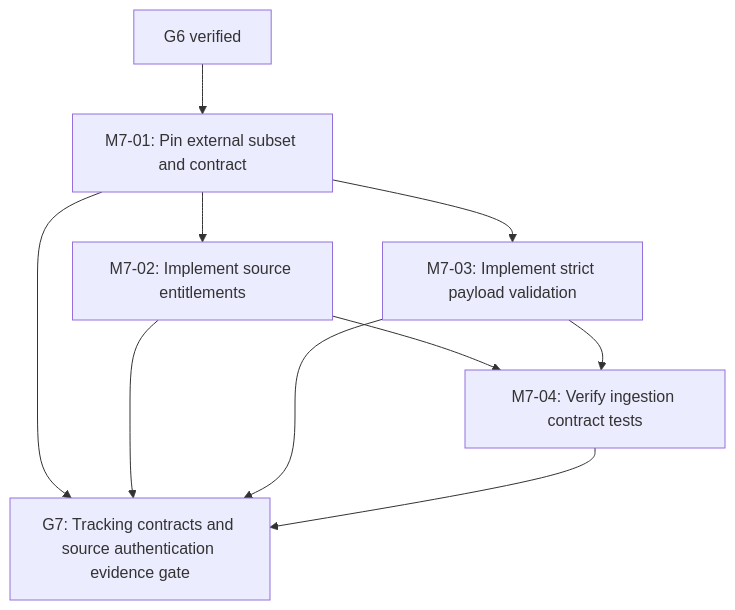
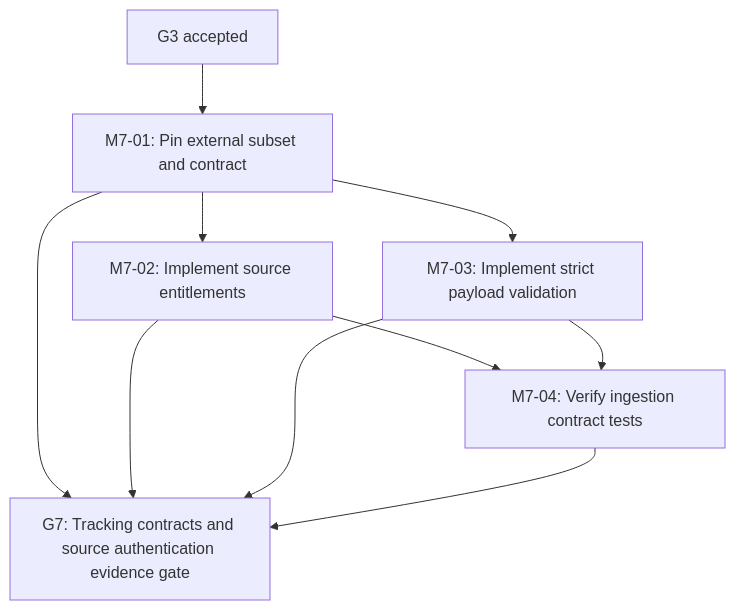
One commit to ekamal22/HarborOps-Enterprise-Maritime-Logistics-IT-Operations-Platform changed diagram 15 of 32 in docs/EXECUTION_GRAPH.md. Above: the diagram before and after it, drawn with Mermaid. The commit also changed other lines of this file and 2 other files, not shown here.

````diff
--- a/docs/EXECUTION_GRAPH.md
+++ b/docs/EXECUTION_GRAPH.md
@@ -372,18 +468,18 @@
 ```mermaid
 flowchart TD
   M7_01["M7-01: Pin external subset and contract"]
   M7_02["M7-02: Implement source entitlements"]
   M7_03["M7-03: Implement strict payload validation"]
   M7_04["M7-04: Verify ingestion contract tests"]
   G7["G7: Tracking contracts and source authentication evidence gate"]
-  G6["G6 verified"]
-  G6 --> M7_01
+  G3["G3 accepted"]
+  G3 --> M7_01
   M7_01 --> M7_02
   M7_01 --> M7_03
   M7_02 --> M7_04
   M7_03 --> M7_04
   M7_01 --> G7
   M7_02 --> G7
   M7_03 --> G7
   M7_04 --> G7
 ```
````
